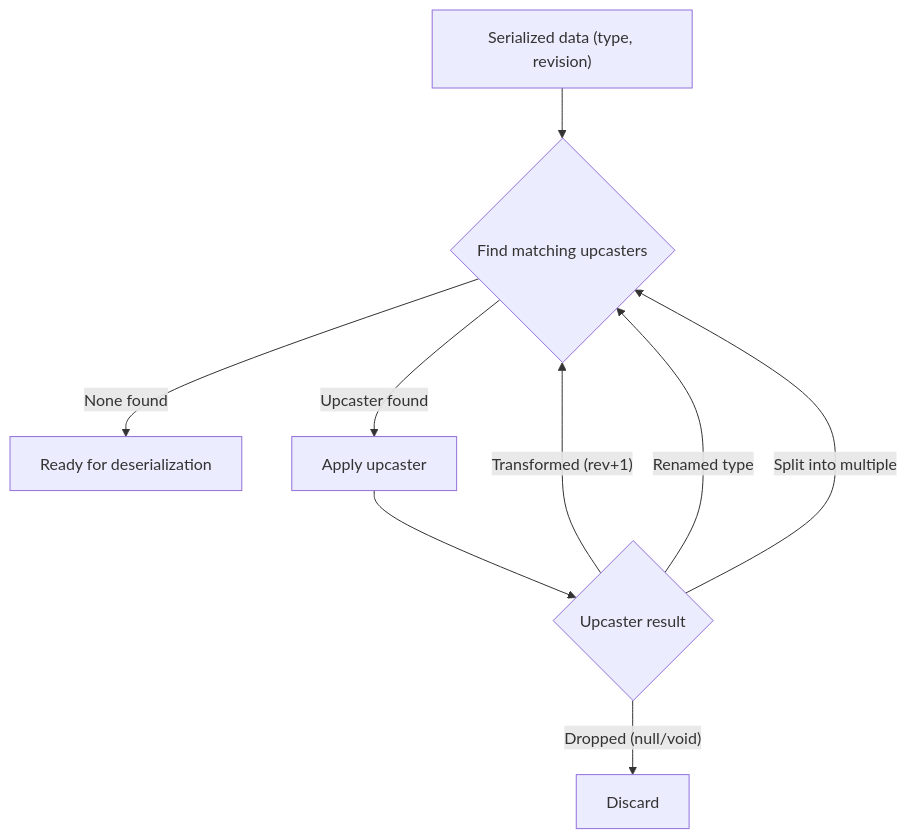
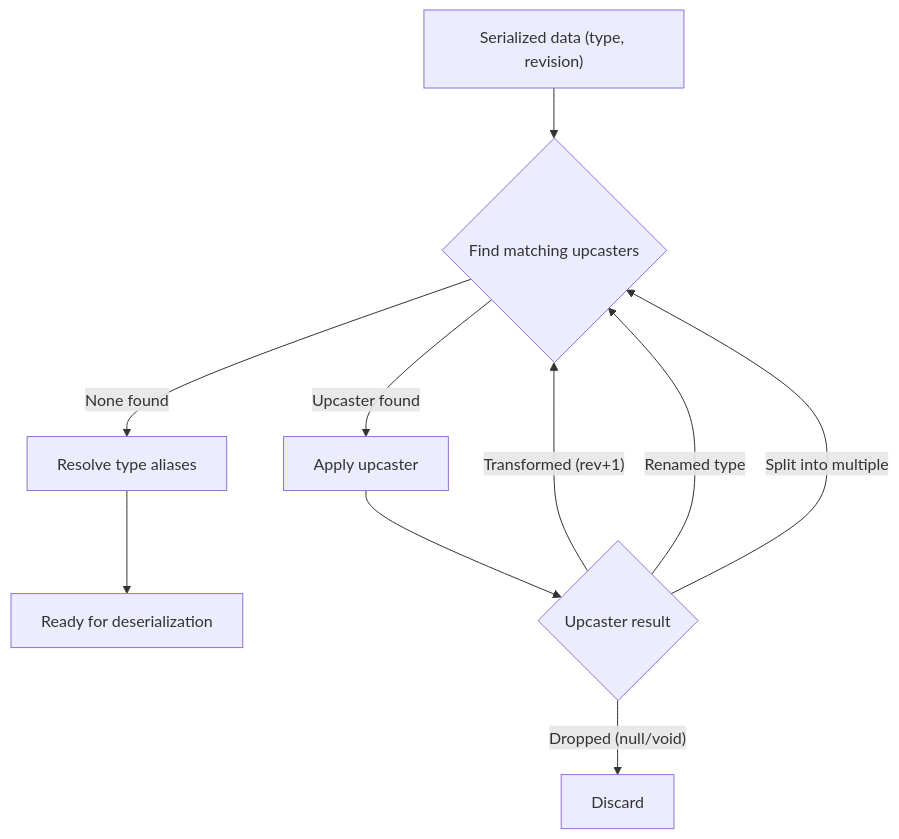
The diagram in docs/developer/guides/Data control & serialization/250-upcasting-and-downcasting.mdx (fluxzero-io/fluxzero-sdk-java), drawn with Mermaid before and after one commit. The commit also changed other lines of this file and 13 other files, not shown here.

First line of the commit message:
docs(serialization): cover type aliases for humans and agents

````diff
--- a/docs/developer/guides/Data control & serialization/250-upcasting-and-downcasting.mdx
+++ b/docs/developer/guides/Data control & serialization/250-upcasting-and-downcasting.mdx
@@ -207,12 +259,13 @@
 ```mermaid
 graph TD
     RAW["Serialized data (type, revision)"] --> FIND{Find matching upcasters}
-    FIND -->|None found| DESERIALIZE[Ready for deserialization]
+    FIND -->|None found| ALIAS[Resolve type aliases]
+    ALIAS --> DESERIALIZE[Ready for deserialization]
     FIND -->|Upcaster found| APPLY[Apply upcaster]
 
     APPLY --> ACTION{Upcaster result}
     ACTION -->|"Transformed (rev+1)"| FIND
     ACTION -->|Renamed type| FIND
     ACTION -->|Split into multiple| FIND
     ACTION -->|"Dropped (null/void)"| END[Discard]
 ```
````
